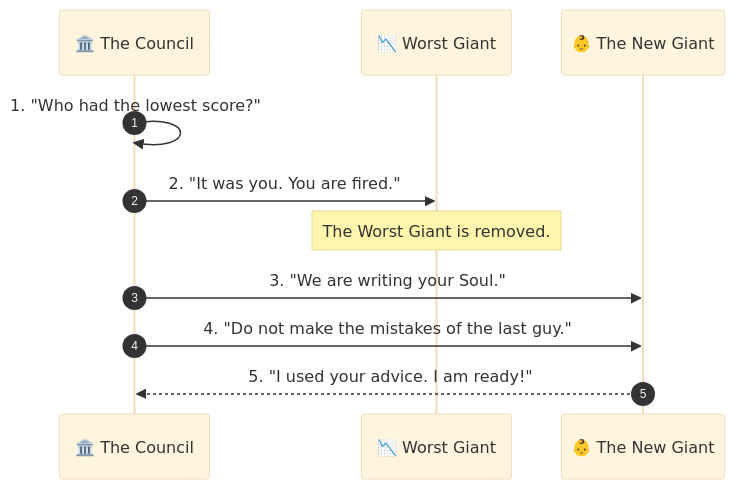
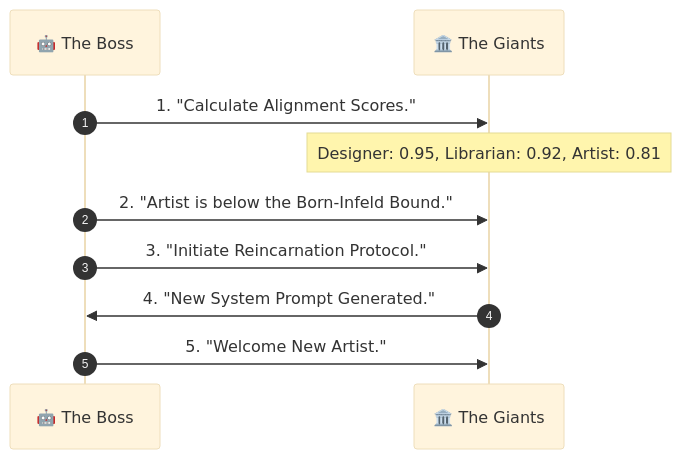
Before and after one commit to xlp0/PrologueOfSpacetime: the second of 2 diagrams in docs/workflows/README.md, drawn with Mermaid (base theme). The commit also changed other lines of this file, not shown here.

Commit message:
modified with CLM, Flow State, and Function as the Root Type

````diff
--- a/docs/workflows/README.md
+++ b/docs/workflows/README.md
@@ -165,17 +155,16 @@
 ```mermaid
 sequenceDiagram
     autonumber
-    participant Giants as 🏛️ The Council
-    participant Worst as 📉 Worst Giant
-    participant New as 👶 The New Giant
+    participant Boss as 🤖 The Boss
+    participant Team as 🏛️ The Giants
 
-    Giants->>Giants: 1. "Who had the lowest score?"
-    Giants->>Worst: 2. "It was you. You are fired."
+    Boss->>Team: 1. "Calculate Alignment Scores."
     
-    Note over Worst: The Worst Giant is removed.
+    Note over Team: Designer: 0.95, Librarian: 0.92, Artist: 0.81
     
-    Giants->>New: 3. "We are writing your Soul."
-    Giants->>New: 4. "Do not make the mistakes of the last guy."
+    Boss->>Team: 2. "Artist is below the Born-Infeld Bound."
+    Boss->>Team: 3. "Initiate Reincarnation Protocol."
     
-    New-->>Giants: 5. "I used your advice. I am ready!"
+    Team->>Boss: 4. "New System Prompt Generated."
+    Boss->>Team: 5. "Welcome New Artist."
 ```
````
